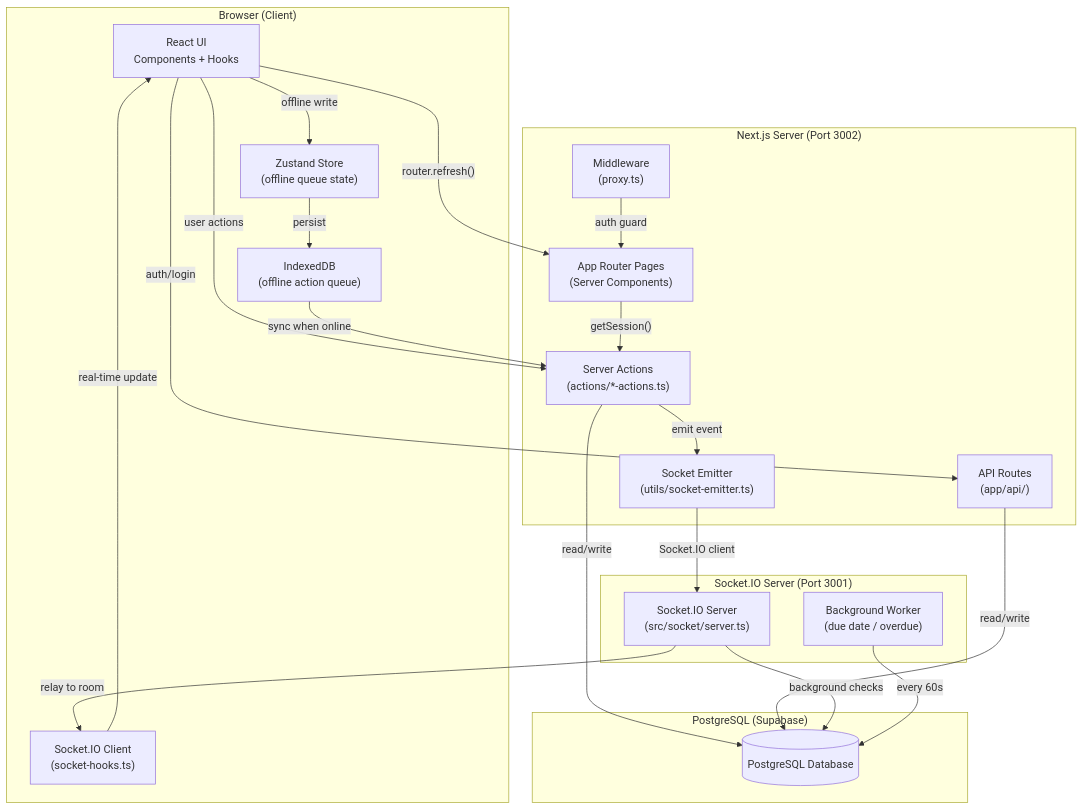
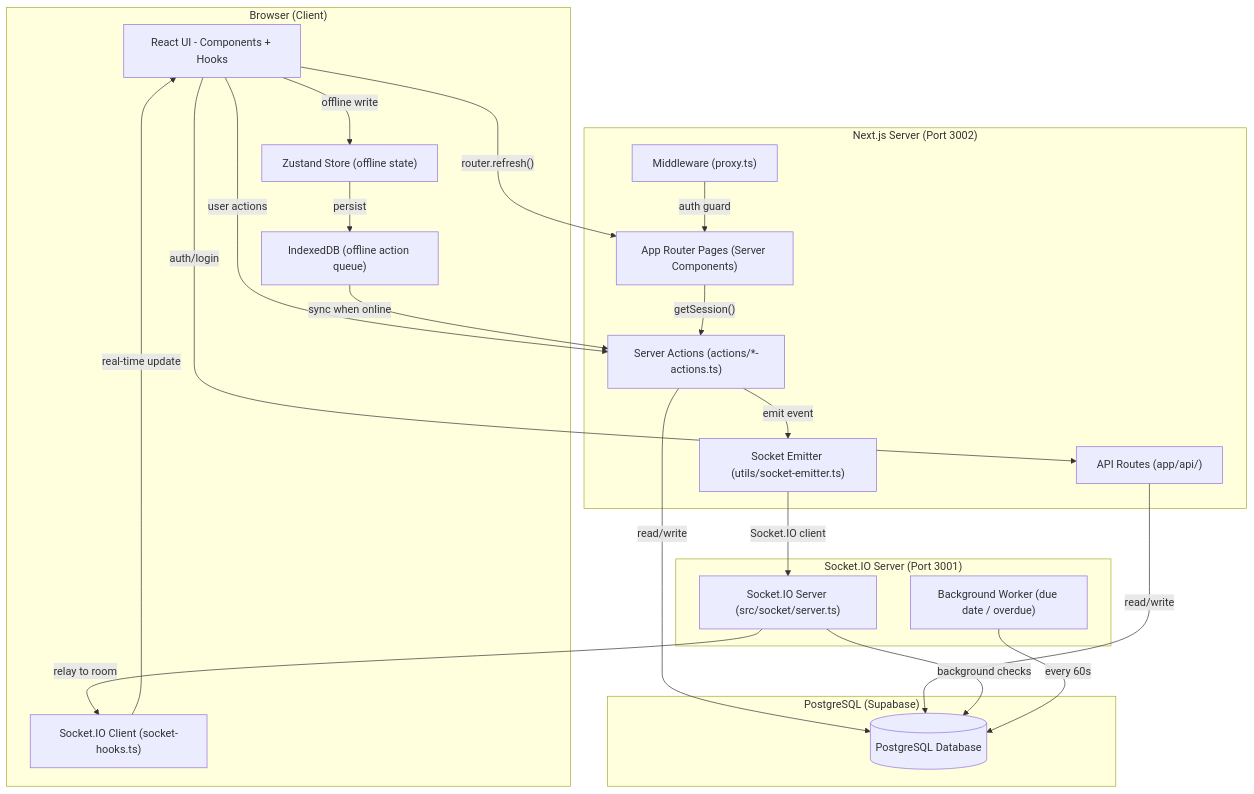
Before and after one commit to asefahmed500/Smart-Task-App_IIT_DU_Final_Project: the first of 5 diagrams in docs/01-system-architecture.md, drawn with Mermaid. The commit also changed other lines of this file and 8 other files, not shown here.

Commit message:
fix: remove br tags from mermaid diagrams for GitHub rendering

````diff
--- a/docs/01-system-architecture.md
+++ b/docs/01-system-architecture.md
@@ -45,44 +45,44 @@
 ```mermaid
 graph TB
     subgraph "Browser (Client)"
-        UI["React UI<br/>Components + Hooks"]
-        ZUSTAND["Zustand Store<br/>(offline queue state)"]
-        IDB["IndexedDB<br/>(offline action queue)"]
-        SOCKET_CLIENT["Socket.IO Client<br/>(socket-hooks.ts)"]
+        UI["React UI - Components + Hooks"]
+        ZUSTAND["Zustand Store (offline state)"]
+        IDB["IndexedDB (offline action queue)"]
+        SOCKET_CLIENT["Socket.IO Client (socket-hooks.ts)"]
     end
 
     subgraph "Next.js Server (Port 3002)"
-        PAGES["App Router Pages<br/>(Server Components)"]
-        ACTIONS["Server Actions<br/>(actions/*-actions.ts)"]
-        API["API Routes<br/>(app/api/)"]
-        MIDDLEWARE["Middleware<br/>(proxy.ts)"]
-        EMITTER["Socket Emitter<br/>(utils/socket-emitter.ts)"]
+        PAGES["App Router Pages (Server Components)"]
+        ACTIONS["Server Actions (actions/*-actions.ts)"]
+        API["API Routes (app/api/)"]
+        MIDDLEWARE["Middleware (proxy.ts)"]
+        EMITTER["Socket Emitter (utils/socket-emitter.ts)"]
     end
 
     subgraph "Socket.IO Server (Port 3001)"
-        SOCKET_SERVER["Socket.IO Server<br/>(src/socket/server.ts)"]
-        BG_WORKER["Background Worker<br/>(due date / overdue)"]
+        SOCKET_SERVER["Socket.IO Server (src/socket/server.ts)"]
+        BG_WORKER["Background Worker (due date / overdue)"]
     end
 
     subgraph "PostgreSQL (Supabase)"
         DB[("PostgreSQL Database")]
     end
 
     UI -->|"user actions"| ACTIONS
     UI -->|"auth/login"| API
     UI -->|"router.refresh()"| PAGES
     PAGES -->|"getSession()"| ACTIONS
     ACTIONS -->|"read/write"| DB
     API -->|"read/write"| DB
     ACTIONS -->|"emit event"| EMITTER
     EMITTER -->|"Socket.IO client"| SOCKET_SERVER
     SOCKET_SERVER -->|"relay to room"| SOCKET_CLIENT
     SOCKET_CLIENT -->|"real-time update"| UI
     SOCKET_SERVER -->|"background checks"| DB
     BG_WORKER -->|"every 60s"| DB
     MIDDLEWARE -->|"auth guard"| PAGES
 
     UI -->|"offline write"| ZUSTAND
     ZUSTAND -->|"persist"| IDB
     IDB -->|"sync when online"| ACTIONS
 ```
````
